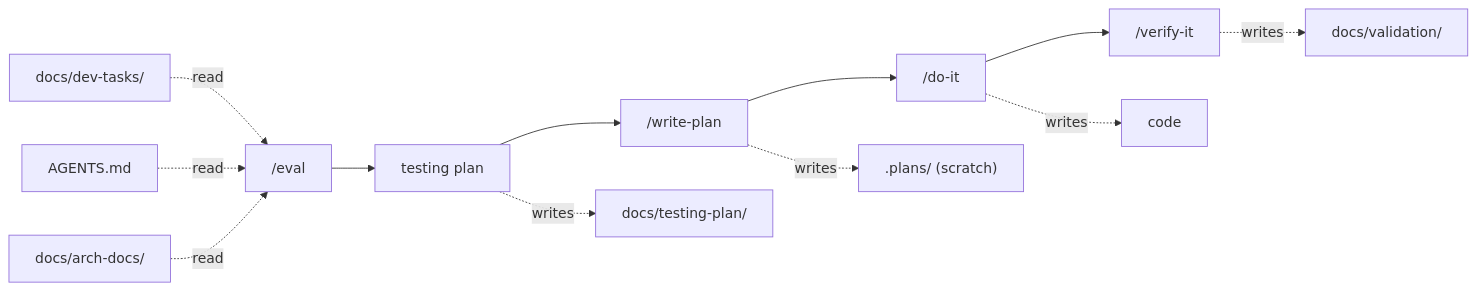
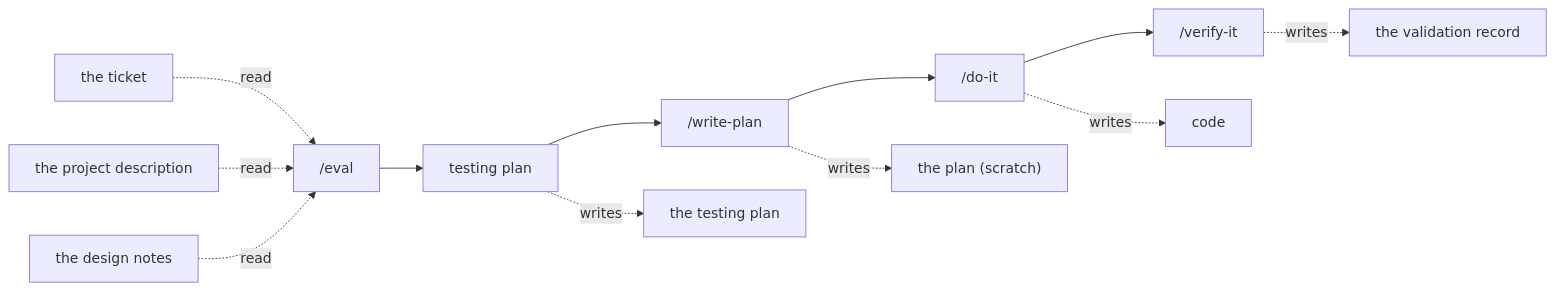
One commit to josepalala-dev/ai-tool-docs changed the diagram in the-loop.md. Above: the diagram before and after it, drawn with Mermaid. The commit also changed other lines of this file and 7 other files, not shown here.

```diff
--- a/the-loop.md
+++ b/the-loop.md
@@ -11,14 +11,14 @@
 <pre class="mermaid">
 flowchart LR
     E["/eval"] --> T["testing plan"]
     T --> P["/write-plan"]
     P --> D["/do-it"]
     D --> V["/verify-it"]
-    R1["docs/dev-tasks/"] -.read.-> E
-    R2["AGENTS.md"] -.read.-> E
-    R3["docs/arch-docs/"] -.read.-> E
-    T -.writes.-> W1["docs/testing-plan/"]
-    P -.writes.-> W2[".plans/ (scratch)"]
+    R1["the ticket"] -.read.-> E
+    R2["the project description"] -.read.-> E
+    R3["the design notes"] -.read.-> E
+    T -.writes.-> W1["the testing plan"]
+    P -.writes.-> W2["the plan (scratch)"]
     D -.writes.-> W3["code"]
-    V -.writes.-> W4["docs/validation/"]
+    V -.writes.-> W4["the validation record"]
 </pre>
```
